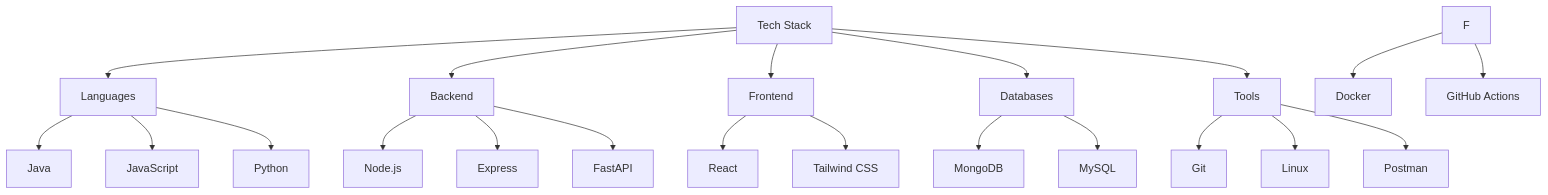
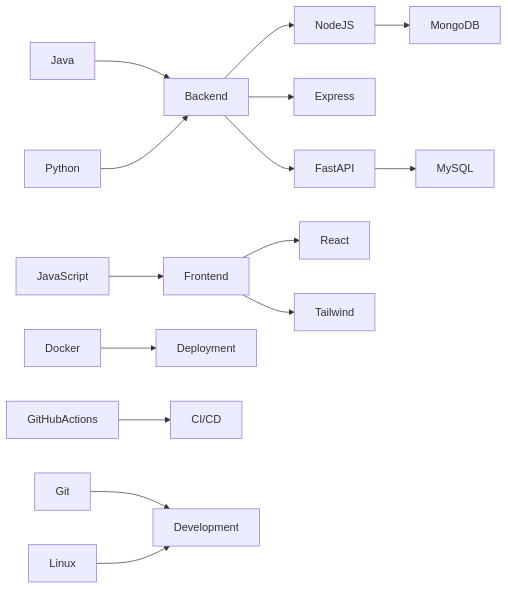
The diagram in README.md (SVatsa12/SVatsa12), drawn with Mermaid before and after one commit. The commit also changed other lines of this file, not shown here.

Commit message:
Update tech stack diagram in README.md

````diff
--- a/README.md
+++ b/README.md
@@ -37,31 +36,23 @@
 ```mermaid
-graph TD
+graph LR
 
-A[Tech Stack]
+Java --> Backend
+Python --> Backend
+JavaScript --> Frontend
 
-A --> B[Languages]
-B --> B1[Java]
-B --> B2[JavaScript]
-B --> B3[Python]
+Backend --> NodeJS
+Backend --> Express
+Backend --> FastAPI
 
-A --> C[Backend]
-C --> C1[Node.js]
-C --> C2[Express]
-C --> C3[FastAPI]
+Frontend --> React
+Frontend --> Tailwind
 
-A --> D[Frontend]
-D --> D1[React]
-D --> D2[Tailwind CSS]
+NodeJS --> MongoDB
+FastAPI --> MySQL
 
-A --> E[Databases]
-E --> E1[MongoDB]
-E --> E2[MySQL]
+Docker --> Deployment
+GitHubActions --> CI/CD
 
-F --> F1[Docker]
-F --> F2[GitHub Actions]
-
-A --> G[Tools]
-G --> G1[Git]
-G --> G2[Linux]
-G --> G3[Postman]
+Git --> Development
+Linux --> Development
 ```
````
